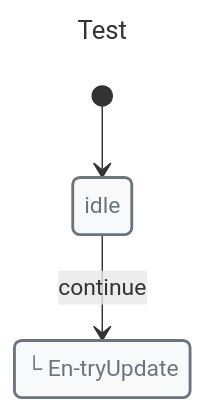
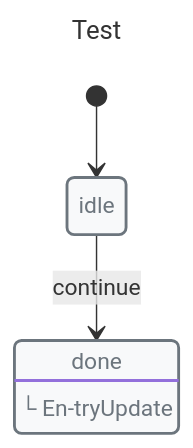
One commit to Masquerade-Circus/x-robot changed the second of 3 diagrams in docs/concepts/pulse.md. Above: the diagram before and after it, drawn with Mermaid. The commit also changed other lines of this file and 123 other files, not shown here.

Commit message:
refactor: improve mermaid code

````diff
--- a/docs/concepts/pulse.md
+++ b/docs/concepts/pulse.md
@@ -169,24 +169,25 @@
 ```mermaid
 ---
 title: Test
 ---
 
 stateDiagram-v2
+direction TB
 
 classDef danger fill:#f8d7da,stroke:#721c24,stroke-width:2px,text-align:left,color:#721c24
 classDef warning fill:#fff3cd,stroke:#856404,stroke-width:2px,text-align:left,color:#856404
 classDef success fill:#d4edda,stroke:#155724,stroke-width:2px,text-align:left,color:#155724
 classDef primary fill:#cce5ff,stroke:#004085,stroke-width:2px,text-align:left,color:#004085
 classDef info fill:#d1ecf1,stroke:#0c5460,stroke-width:2px,text-align:left,color:#0c5460
 classDef def fill:#f8f9fa,stroke:#6c757d,stroke-width:2px,text-align:left,color:#6c757d
 
-state idle
-state done
+state "idle" as idle
+state "done" as done
 class idle def
 class done def
 
 done: └ En-tryUpdate
 
 [*] --> idle
 idle --> done: continue
 ```
````
